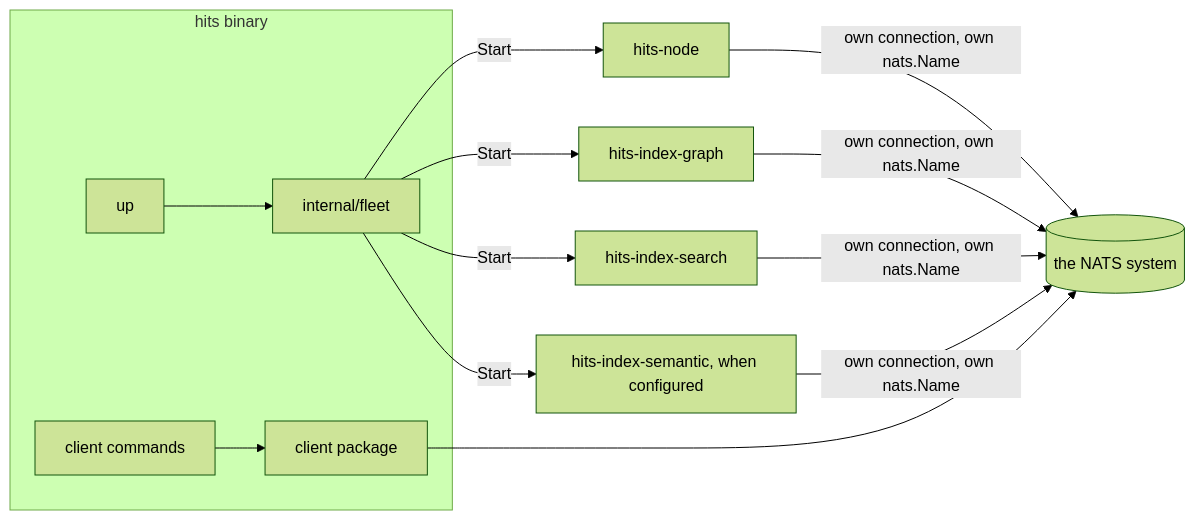
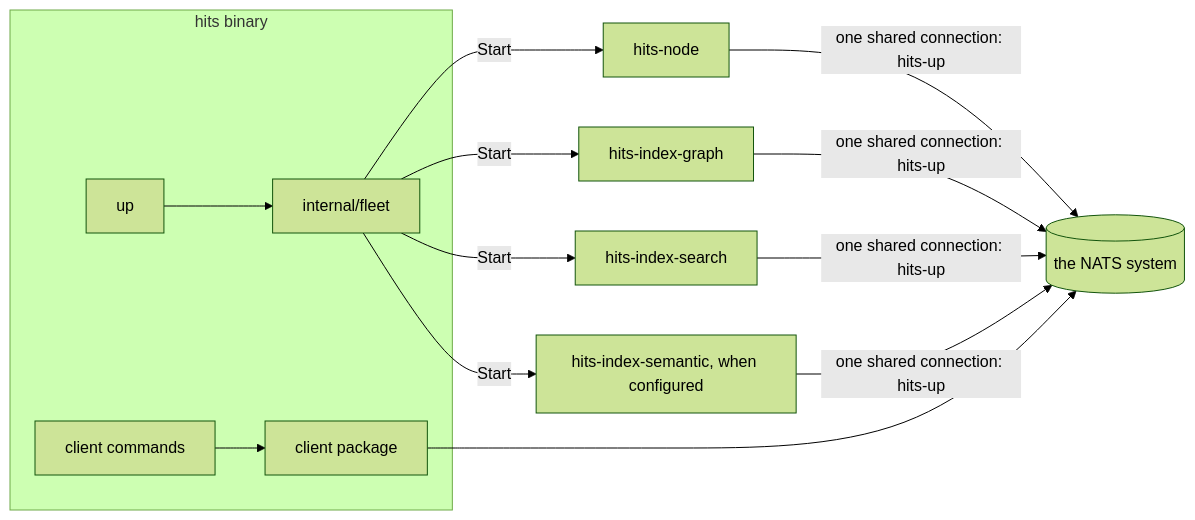
The diagram in 02-DESIGN/hits-up.md (impire-io/hits-hq), drawn with Mermaid (forest theme) before and after one commit. The commit also changed other lines of this file and 3 other files, not shown here.

First line of the commit message:
Decide the shared connection in up (0006), amend hits-up, diagnose 004

````diff
--- a/02-DESIGN/hits-up.md
+++ b/02-DESIGN/hits-up.md
@@ -17,13 +17,13 @@
 ```mermaid
 flowchart LR
     subgraph hits binary
         UP[up] --> F[internal/fleet]
         CLI[client commands] --> CP[client package]
     end
     F -->|Start| N[hits-node]
     F -->|Start| G[hits-index-graph]
     F -->|Start| S[hits-index-search]
     F -->|Start| E[hits-index-semantic, when configured]
-    N & G & S & E -->|own connection, own nats.Name| NATS[(the NATS system)]
+    N & G & S & E -->|one shared connection: hits-up| NATS[(the NATS system)]
     CP --> NATS
 ```
````
